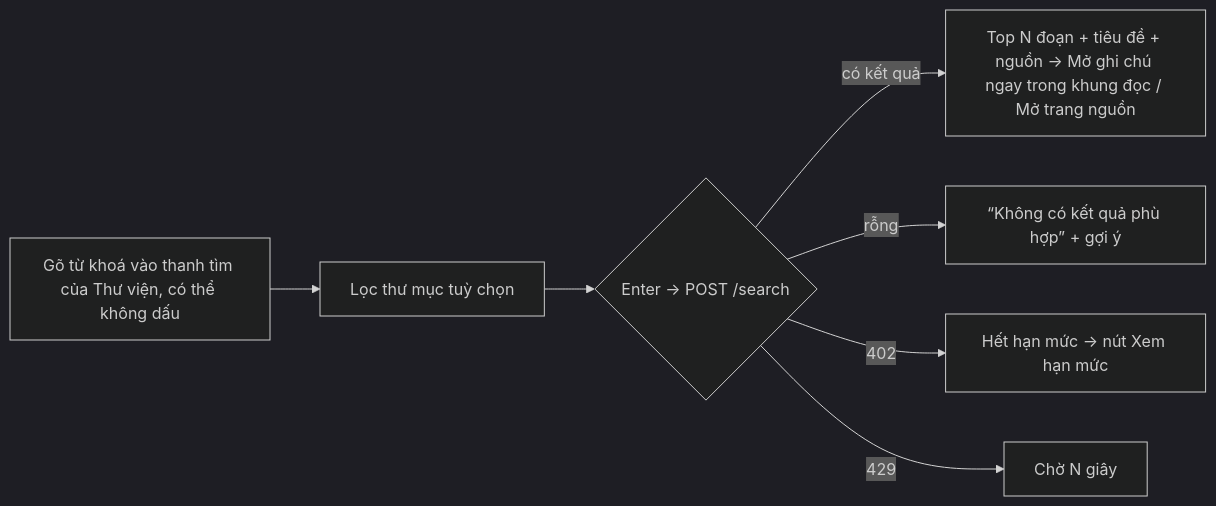
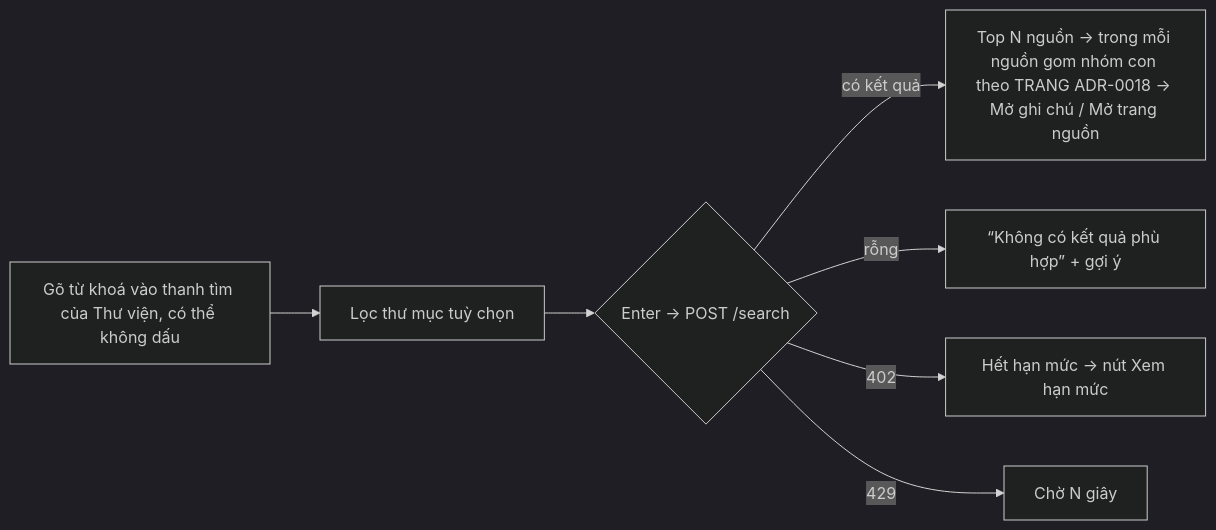
Before and after one commit to watashiwalds/quick-assist-ext: the fourth of 6 diagrams in docs/ux/README.md, drawn with Mermaid (dark theme). The commit also changed other lines of this file and 6 other files, not shown here.

````diff
--- a/docs/ux/README.md
+++ b/docs/ux/README.md
@@ -65,8 +65,8 @@
 ```mermaid
 flowchart LR
   Q[Gõ từ khoá vào thanh tìm của Thư viện, có thể không dấu] --> F[Lọc thư mục tuỳ chọn] --> R{Enter → POST /search}
-  R -->|có kết quả| H[Top N đoạn + tiêu đề + nguồn → Mở ghi chú ngay trong khung đọc / Mở trang nguồn]
+  R -->|có kết quả| H[Top N nguồn → trong mỗi nguồn gom nhóm con theo TRANG ADR-0018 → Mở ghi chú / Mở trang nguồn]
   R -->|rỗng| E[“Không có kết quả phù hợp” + gợi ý]
   R -->|402| Z[Hết hạn mức → nút Xem hạn mức]
   R -->|429| W[Chờ N giây]
 ```
````
